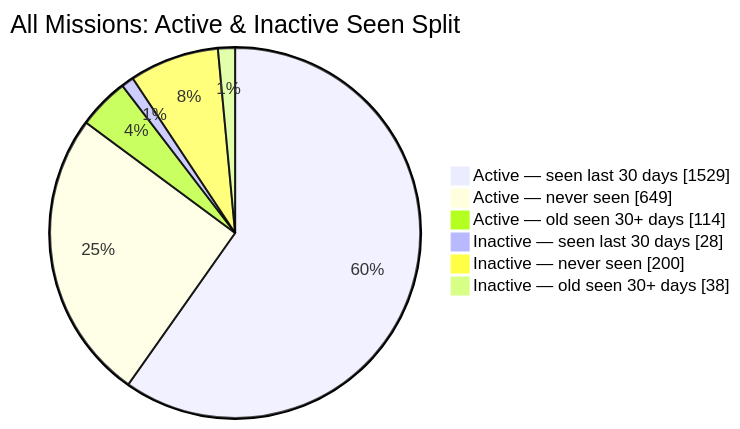
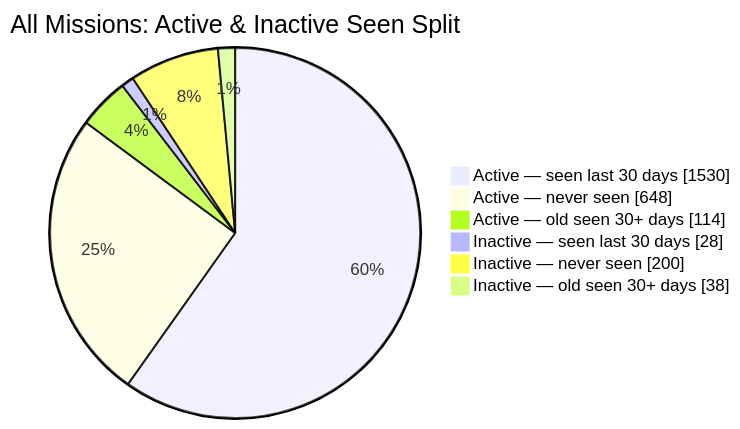
The second of 2 diagrams in README.md (MeldkamerspelGameTeam/active-missions), drawn with Mermaid before and after one commit. The commit also changed other lines of this file and 2 other files, not shown here.

````diff
--- a/README.md
+++ b/README.md
@@ -44,10 +44,10 @@
 ```mermaid
 pie showData
     title All Missions: Active & Inactive Seen Split
-    "Active — seen last 30 days" : 1529
-    "Active — never seen" : 649
+    "Active — seen last 30 days" : 1530
+    "Active — never seen" : 648
     "Active — old seen 30+ days" : 114
     "Inactive — seen last 30 days" : 28
     "Inactive — never seen" : 200
     "Inactive — old seen 30+ days" : 38
 ```
````
